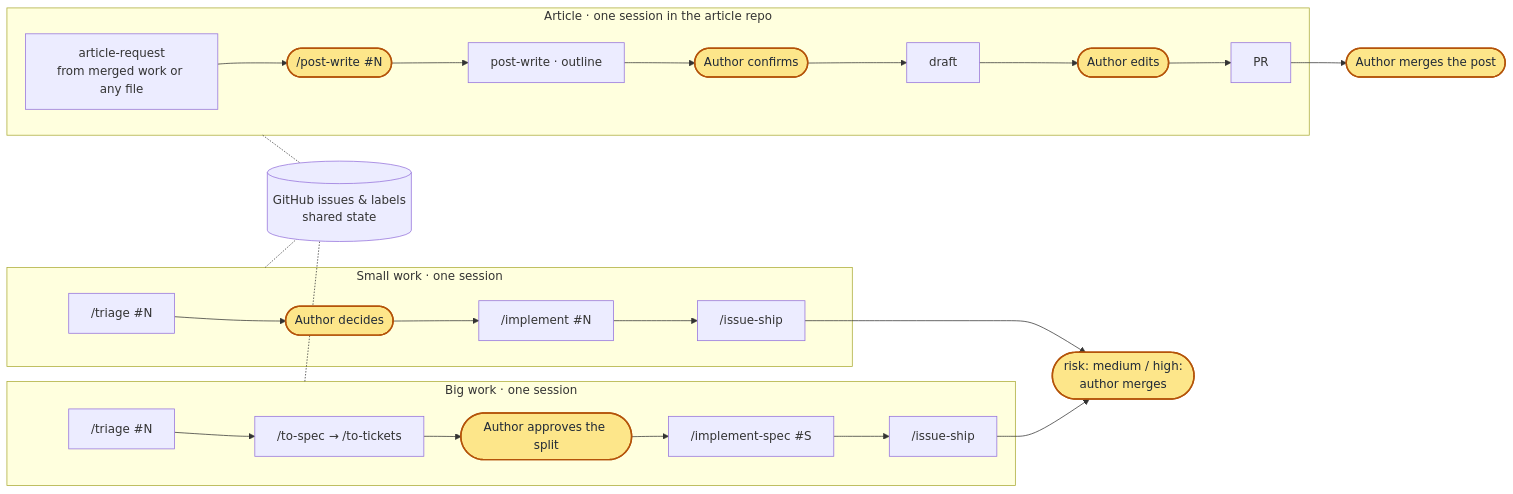
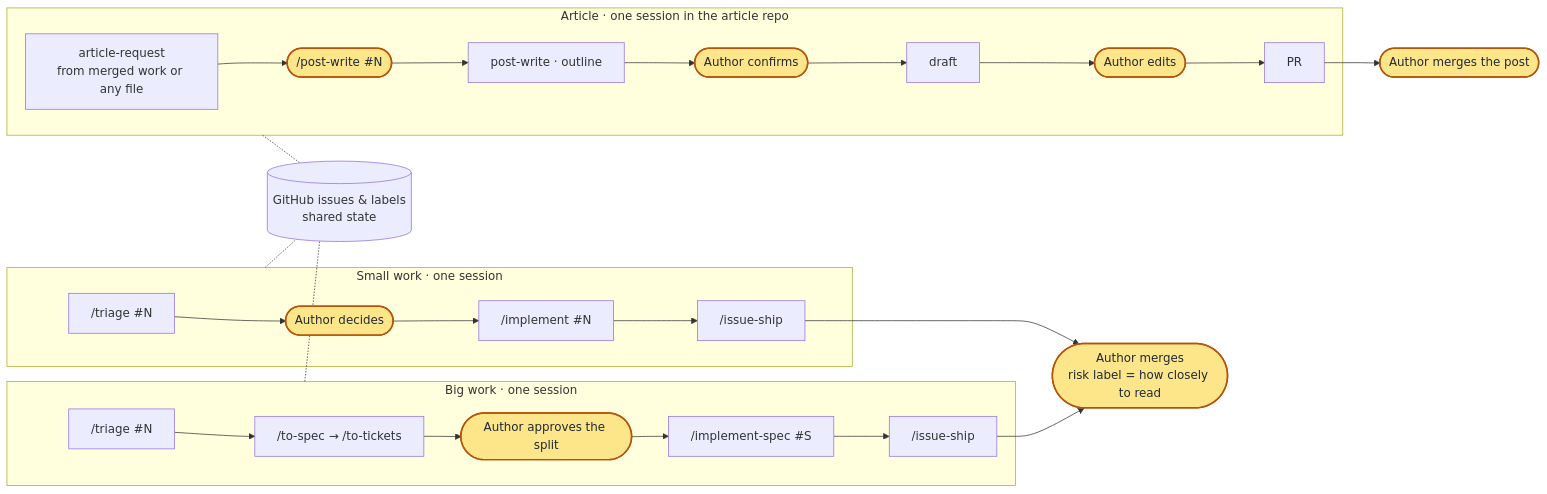
One commit to sean2249/skills changed the second of 2 diagrams in README.md. Above: the diagram before and after it, drawn with Mermaid. The commit also changed other lines of this file and 17 other files, not shown here.

First line of the commit message:
Nothing merges automatically; retire risk-guard

````diff
--- a/README.md
+++ b/README.md
@@ -180,21 +178,21 @@
 ```mermaid
 flowchart LR
   subgraph SMALL["Small work · one session"]
     S1["/triage #N"] --> S2(["Author decides"]):::author --> S3["/implement #N"] --> S4["/issue-ship"]
   end
   subgraph BIG["Big work · one session"]
     B1["/triage #N"] --> B2["/to-spec → /to-tickets"] --> B3(["Author approves the split"]):::author --> B4["/implement-spec #S"] --> B5["/issue-ship"]
   end
   subgraph POST["Article · one session in the article repo"]
     P0["article-request<br/>from merged work or any file"] --> P1(["/post-write #N"]):::author --> P2["post-write · outline"] --> P3(["Author confirms"]):::author --> P4["draft"] --> P5(["Author edits"]):::author --> P6["PR"]
   end
   BOARD[("GitHub issues & labels<br/>shared state")]
-  S4 --> M(["risk: medium / high:<br/>author merges"]):::author
+  S4 --> M(["Author merges<br/>risk label = how closely to read"]):::author
   B5 --> M
   P6 --> MP(["Author merges the post"]):::author
   SMALL -.- BOARD
   BIG -.- BOARD
   POST -.- BOARD
 
   classDef author fill:#fde68a,stroke:#b45309,color:#1f2937,stroke-width:2px
 ```
````
